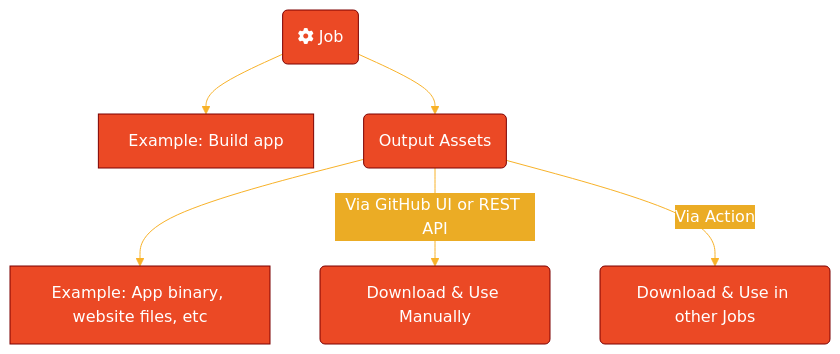
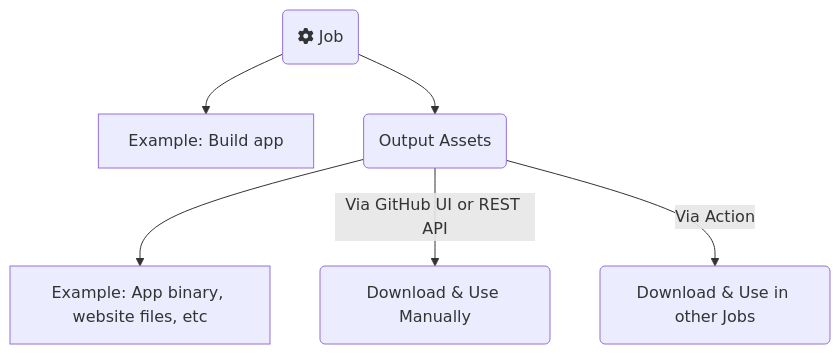
One commit to rtdevx/rtdevx.github.io changed the diagram in content/posts/training/GitHub/2025-github-actions/05-artifacts-outputs/index.md. Above: the diagram before and after it, drawn with Mermaid. The commit also changed other lines of this file, not shown here.

Commit message:
Obsidian sync: 2025-12-09 10:04:09

```diff
--- a/content/posts/training/GitHub/2025-github-actions/05-artifacts-outputs/index.md
+++ b/content/posts/training/GitHub/2025-github-actions/05-artifacts-outputs/index.md
@@ -24,19 +24,8 @@
 {{< mermaid >}}
----
-config:
-  theme: 'base'
-  themeVariables:
-    primaryColor: '#EB4925'
-    primaryTextColor: '#fff'
-    primaryBorderColor: '#7C0000'
-    lineColor: '#F8B229'
-    secondaryColor: '#EBAC25'
-    tertiaryColor: '#C7EB25'
----
 flowchart TD
-  A(fa:fa-cog Job) --> B[Example: Build app]
-  A --> C(Output Assets)
-  C --> D[Example: App binary, website files, etc]
-  C -->|Via GitHub UI or REST API| E(Download & Use Manually)
-  C -->|Via Action| F(Download & Use in other Jobs)
+  A(fa:fa-cog Job) --> B[Example: Build app]
+  A --> C(Output Assets)
+  C --> D[Example: App binary, website files, etc]
+  C -->|Via GitHub UI or REST API| E(Download & Use Manually)
+  C -->|Via Action| F(Download & Use in other Jobs)
 {{< /mermaid >}}
```
